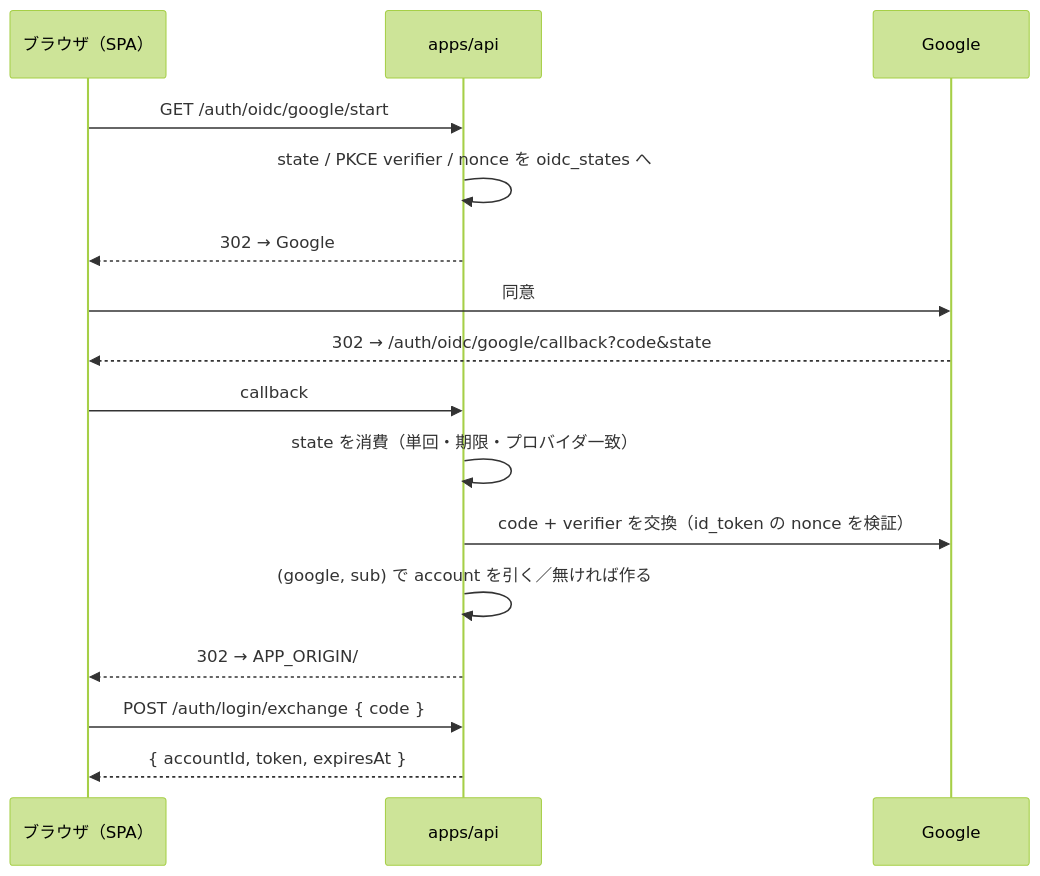
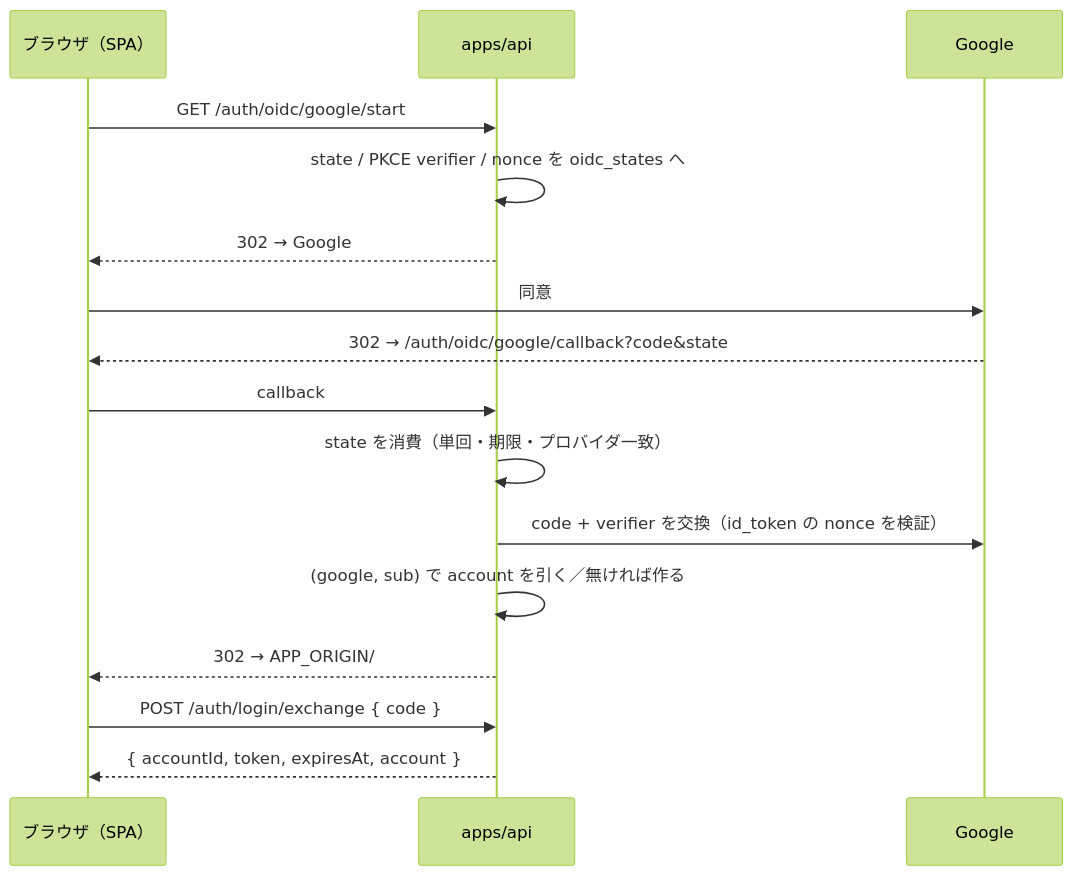
Before and after one commit to oda251/zakki: the second of 2 diagrams in docs/MULTIUSER.md, drawn with Mermaid (forest theme). The commit also changed other lines of this file and 27 other files, not shown here.

````diff
--- a/docs/MULTIUSER.md
+++ b/docs/MULTIUSER.md
@@ -85,18 +85,18 @@
 ```mermaid
 sequenceDiagram
   participant B as ブラウザ（SPA）
   participant A as apps/api
   participant G as Google
   B->>A: GET /auth/oidc/google/start
   A->>A: state / PKCE verifier / nonce を oidc_states へ
   A-->>B: 302 → Google
   B->>G: 同意
   G-->>B: 302 → /auth/oidc/google/callback?code&state
   B->>A: callback
   A->>A: state を消費（単回・期限・プロバイダ一致）
   A->>G: code + verifier を交換（id_token の nonce を検証）
   A->>A: (google, sub) で account を引く／無ければ作る
   A-->>B: 302 → APP_ORIGIN/#login=<handoff code>
   B->>A: POST /auth/login/exchange { code }
-  A-->>B: { accountId, token, expiresAt }
+  A-->>B: { accountId, token, expiresAt, account }
 ```
````
